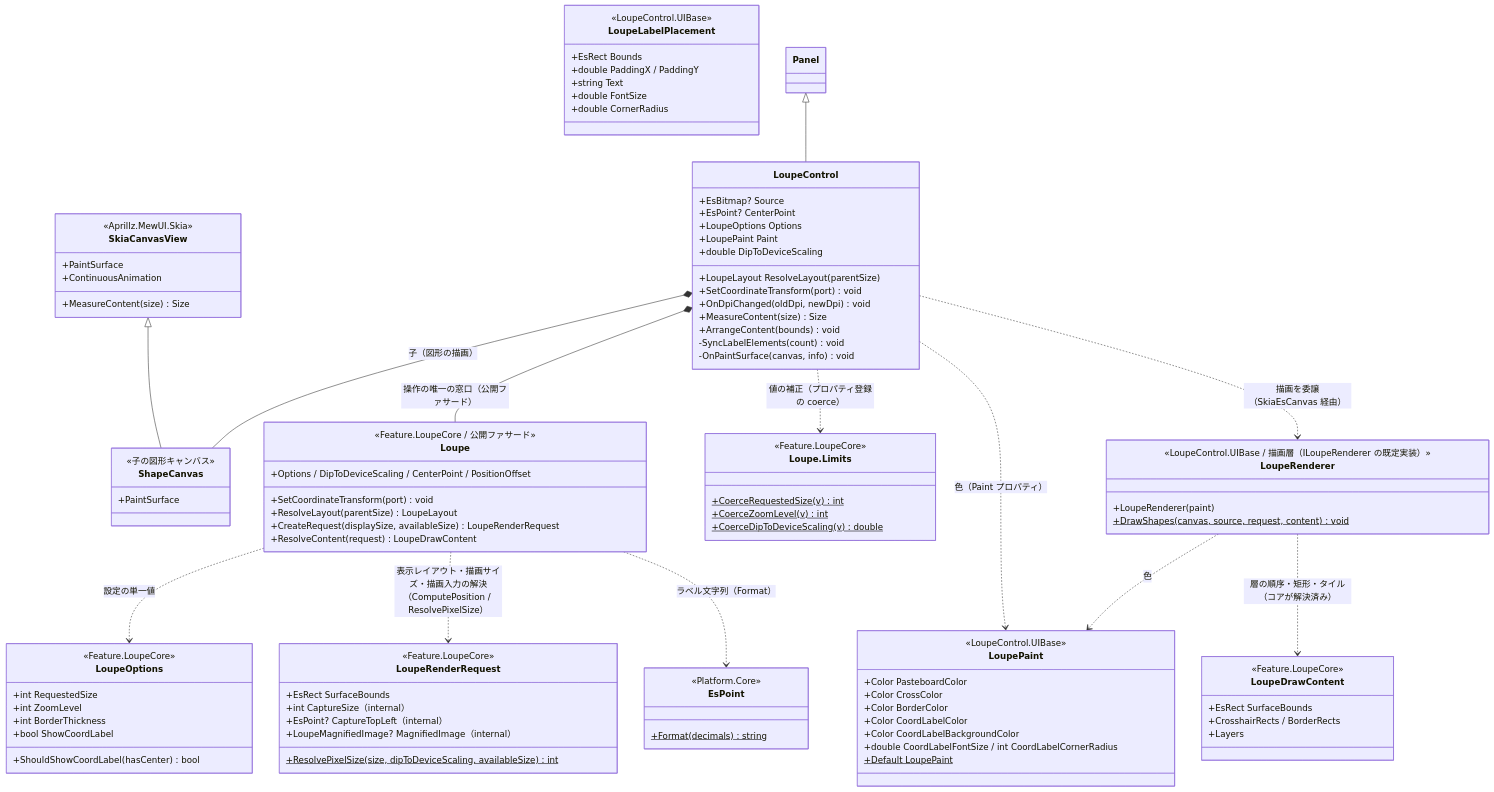
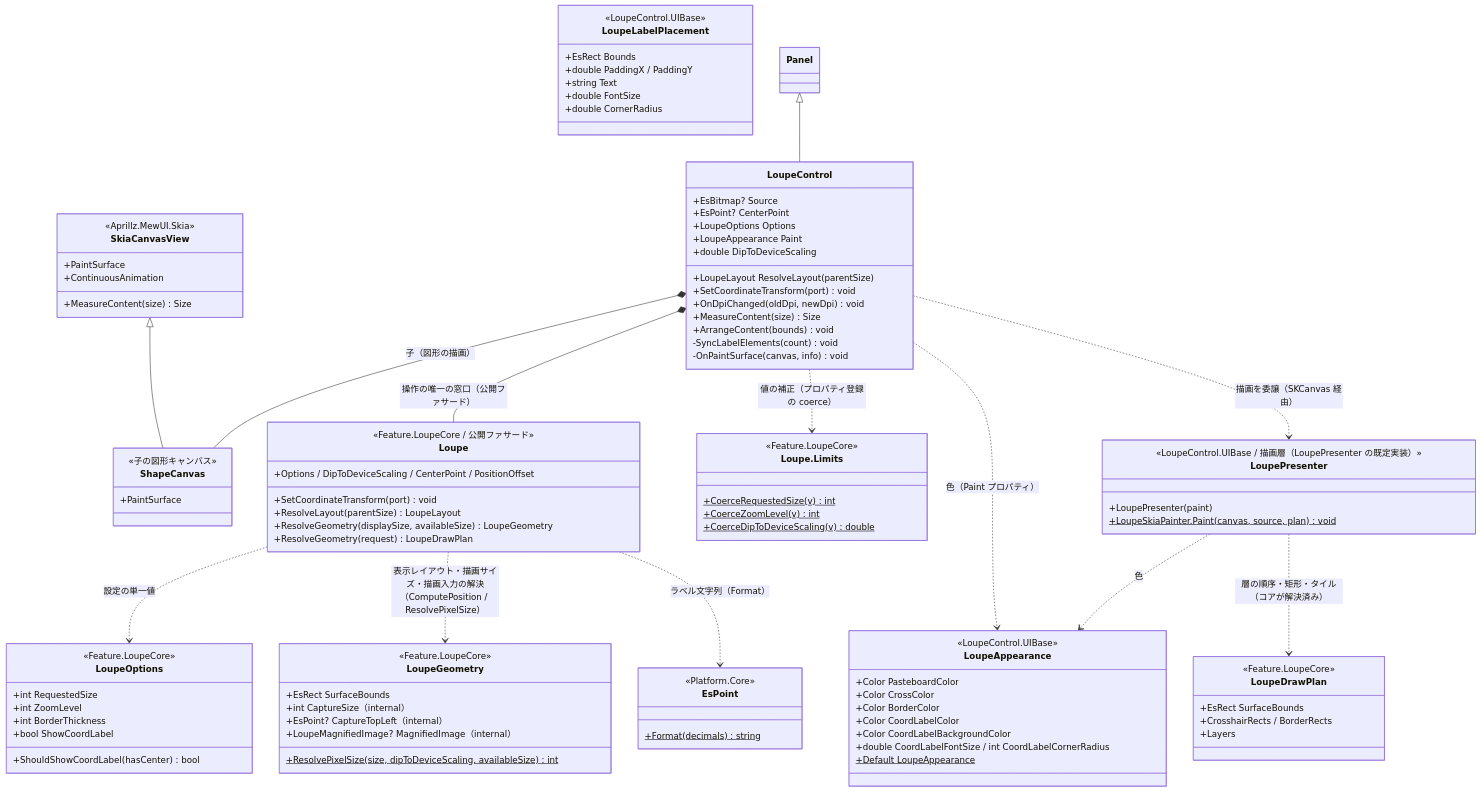
Before and after one commit to tomokuni/SaveEvidence: the first of 2 diagrams in src/LoupeControl.MewUI/SPEC_System.md, drawn with Mermaid. The commit also changed other lines of this file and 92 other files, not shown here.

````diff
--- a/src/LoupeControl.MewUI/SPEC_System.md
+++ b/src/LoupeControl.MewUI/SPEC_System.md
@@ -85,7 +85,7 @@
         +EsBitmap? Source
         +EsPoint? CenterPoint
         +LoupeOptions Options
-        +LoupePaint Paint
+        +LoupeAppearance Paint
         +double DipToDeviceScaling
         +LoupeLayout ResolveLayout(parentSize)
         +SetCoordinateTransform(port) void
@@ -107,7 +107,7 @@
         +bool ShowCoordLabel
         +ShouldShowCoordLabel(hasCenter) bool
     }
-    class LoupePaint {
+    class LoupeAppearance {
         <<LoupeControl.UIBase>>
         +Color PasteboardColor
         +Color CrossColor
@@ -115,12 +115,12 @@
         +Color CoordLabelColor
         +Color CoordLabelBackgroundColor
         +double CoordLabelFontSize / int CoordLabelCornerRadius
-        +Default LoupePaint$
+        +Default LoupeAppearance$
     }
-    class LoupeRenderer {
-        <<LoupeControl.UIBase / 描画層（ILoupeRenderer の既定実装）>>
-        +LoupeRenderer(paint)
-        +DrawShapes(canvas, source, request, content)$ void
+    class LoupePresenter {
+        <<LoupeControl.UIBase / 描画層（LoupePresenter の既定実装）>>
+        +LoupePresenter(paint)
+        +LoupeSkiaPainter.Paint(canvas, source, plan)$ void
     }
     class Loupe.Limits {
         <<Feature.LoupeCore>>
@@ -128,13 +128,13 @@
         +CoerceZoomLevel(v) int$
         +CoerceDipToDeviceScaling(v) double$
     }
-    class LoupeDrawContent {
+    class LoupeDrawPlan {
         <<Feature.LoupeCore>>
         +EsRect SurfaceBounds
                 +CrosshairRects / BorderRects
         +Layers
     }
-    class LoupeRenderRequest {
+    class LoupeGeometry {
         <<Feature.LoupeCore>>
         +EsRect SurfaceBounds
         +int CaptureSize（internal）
@@ -155,8 +155,8 @@
         +Options / DipToDeviceScaling / CenterPoint / PositionOffset
         +SetCoordinateTransform(port) void
         +ResolveLayout(parentSize) LoupeLayout
-        +CreateRequest(displaySize, availableSize) LoupeRenderRequest
-        +ResolveContent(request) LoupeDrawContent
+        +ResolveGeometry(displaySize, availableSize) LoupeGeometry
+        +ResolveGeometry(request) LoupeDrawPlan
     }
     class EsPoint {
         <<Platform.Core>>
@@ -167,12 +167,12 @@
     Panel <|-- LoupeControl
     LoupeControl *-- ShapeCanvas : 子（図形の描画）
     LoupeControl *-- Loupe : 操作の唯一の窓口（公開ファサード）
-    LoupeControl ..> LoupeRenderer : 描画を委譲（SkiaEsCanvas 経由）
-    LoupeControl ..> LoupePaint : 色（Paint プロパティ）
-    LoupeRenderer ..> LoupePaint : 色
+    LoupeControl ..> LoupePresenter : 描画を委譲（SKCanvas 経由）
+    LoupeControl ..> LoupeAppearance : 色（Paint プロパティ）
+    LoupePresenter ..> LoupeAppearance : 色
     Loupe ..> LoupeOptions : 設定の単一値
-    LoupeRenderer ..> LoupeDrawContent : 層の順序・矩形・タイル（コアが解決済み）
+    LoupePresenter ..> LoupeDrawPlan : 層の順序・矩形・タイル（コアが解決済み）
     LoupeControl ..> Loupe.Limits : 値の補正（プロパティ登録の coerce）
-    Loupe ..> LoupeRenderRequest : 表示レイアウト・描画サイズ・描画入力の解決（ComputePosition / ResolvePixelSize）
+    Loupe ..> LoupeGeometry : 表示レイアウト・描画サイズ・描画入力の解決（ComputePosition / ResolvePixelSize）
     Loupe ..> EsPoint : ラベル文字列（Format）
 ```
````
